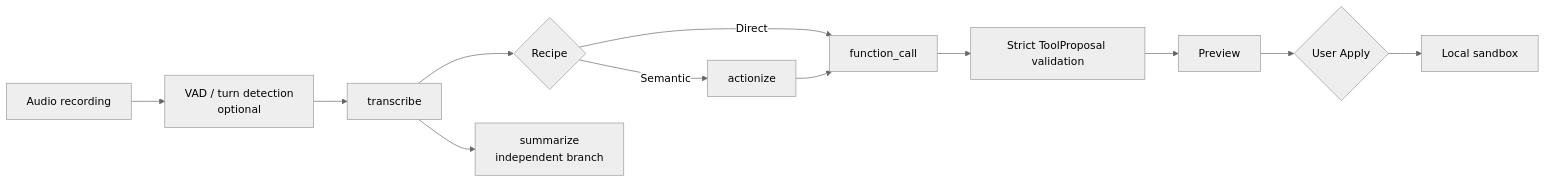
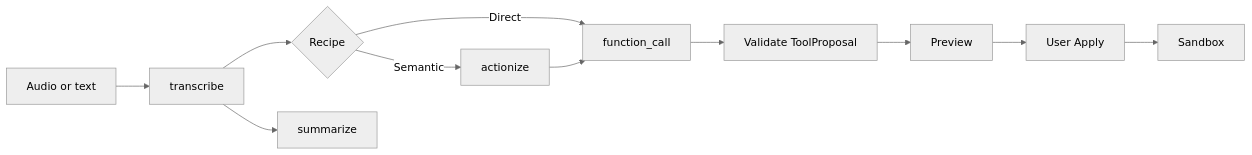
The first of 2 diagrams in README.md (iO7i/saudi-sta), drawn with Mermaid (neutral theme) before and after one commit. The commit also changed other lines of this file, not shown here.

````diff
--- a/README.md
+++ b/README.md
@@ -70,14 +64,13 @@
 ```mermaid
 flowchart LR
-    A[Audio recording] --> B[VAD / turn detection<br/>optional]
-    B --> C[transcribe]
-    C --> D{Recipe}
-    D -->|Direct| E[function_call]
-    D -->|Semantic| F[actionize]
-    F --> E
-    C --> G[summarize<br/>independent branch]
-    E --> H[Strict ToolProposal validation]
-    H --> I[Preview]
-    I --> J{User Apply}
-    J --> K[Local sandbox]
+    A[Audio or text] --> B[transcribe]
+    B --> C{Recipe}
+    C -->|Direct| D[function_call]
+    C -->|Semantic| E[actionize]
+    E --> D
+    B --> F[summarize]
+    D --> G[Validate ToolProposal]
+    G --> H[Preview]
+    H --> I[User Apply]
+    I --> J[Sandbox]
 ```
````
